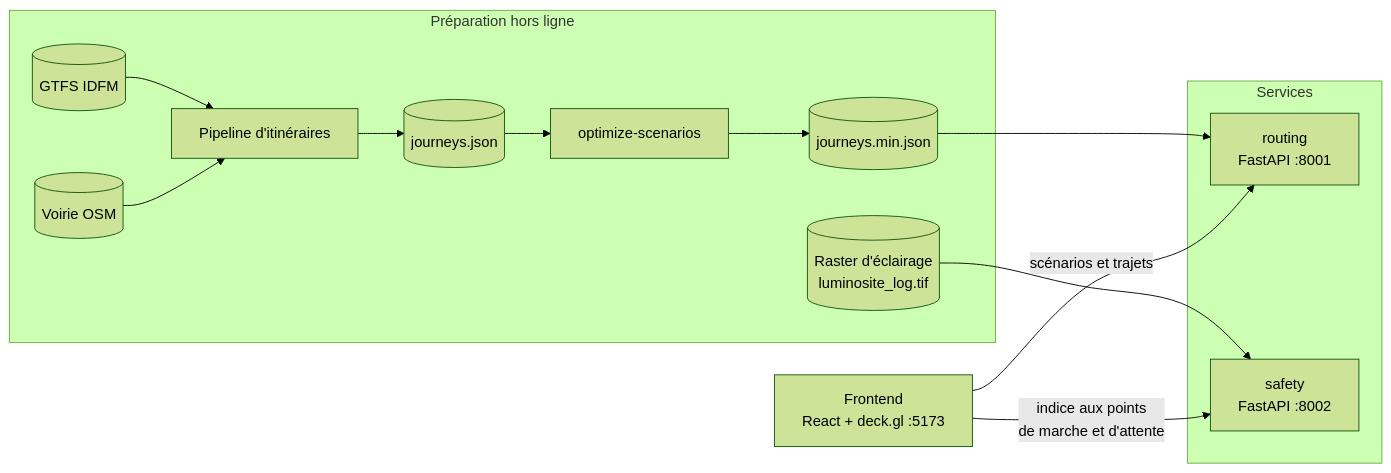
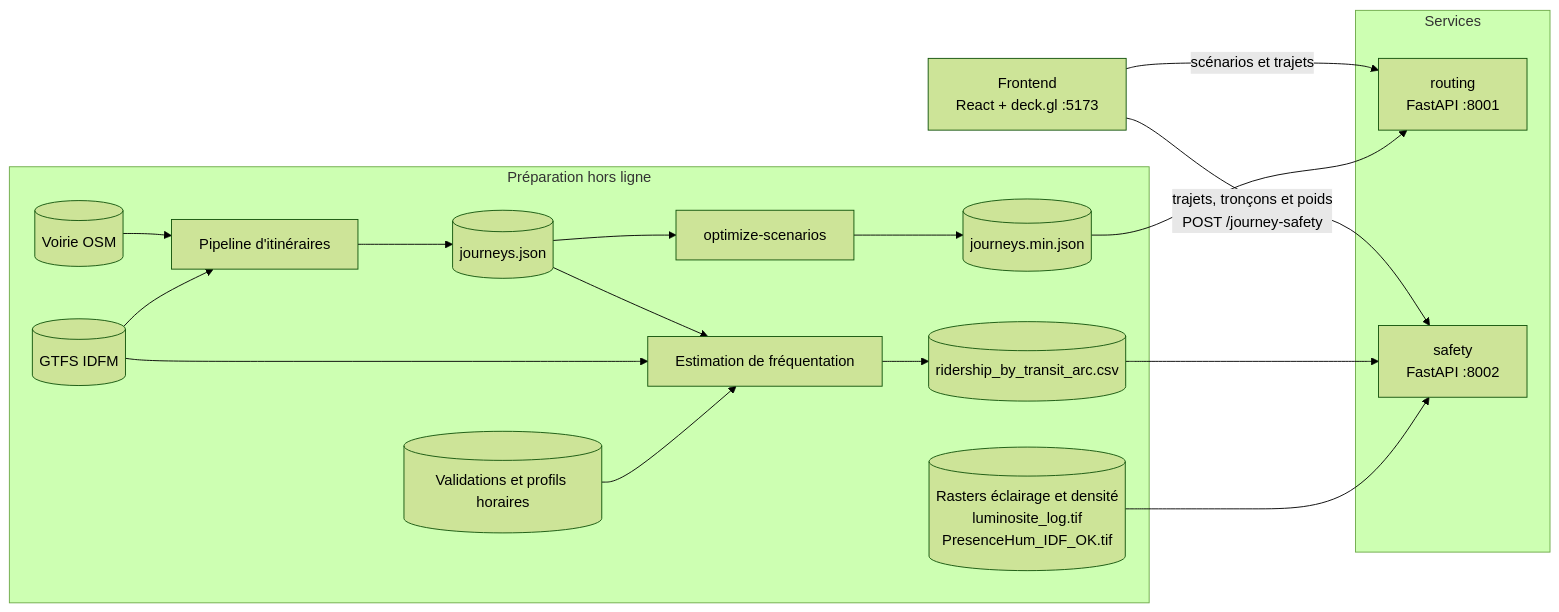
One commit to setec-labs/hackaviz-2026 changed the diagram in docs/architecture/index.md. Above: the diagram before and after it, drawn with Mermaid (forest theme). The commit also changed other lines of this file and 16 other files, not shown here.

````diff
--- a/docs/architecture/index.md
+++ b/docs/architecture/index.md
@@ -10,23 +10,28 @@
 ```mermaid
 flowchart LR
     subgraph Préparation["Préparation hors ligne"]
         GTFS[(GTFS IDFM)] --> PIPE[Pipeline d'itinéraires]
         OSM[(Voirie OSM)] --> PIPE
         PIPE --> J[(journeys.json)]
         J --> OPT[optimize-scenarios]
         OPT --> JM[(journeys.min.json)]
-        RAS[(Raster d'éclairage<br/>luminosite_log.tif)]
+        VAL[(Validations et profils horaires)] --> EST[Estimation de fréquentation]
+        GTFS --> EST
+        J --> EST
+        EST --> CSV[(ridership_by_transit_arc.csv)]
+        RAS[(Rasters éclairage et densité<br/>luminosite_log.tif<br/>PresenceHum_IDF_OK.tif)]
     end
 
     subgraph Services["Services"]
         R[routing<br/>FastAPI :8001]
         S[safety<br/>FastAPI :8002]
     end
 
     F[Frontend<br/>React + deck.gl :5173]
 
     JM --> R
     RAS --> S
+    CSV --> S
     F -- "scénarios et trajets" --> R
-    F -- "indice aux points<br/>de marche et d'attente" --> S
+    F -- "trajets, tronçons et poids<br/>POST /journey-safety" --> S
 ```
````
